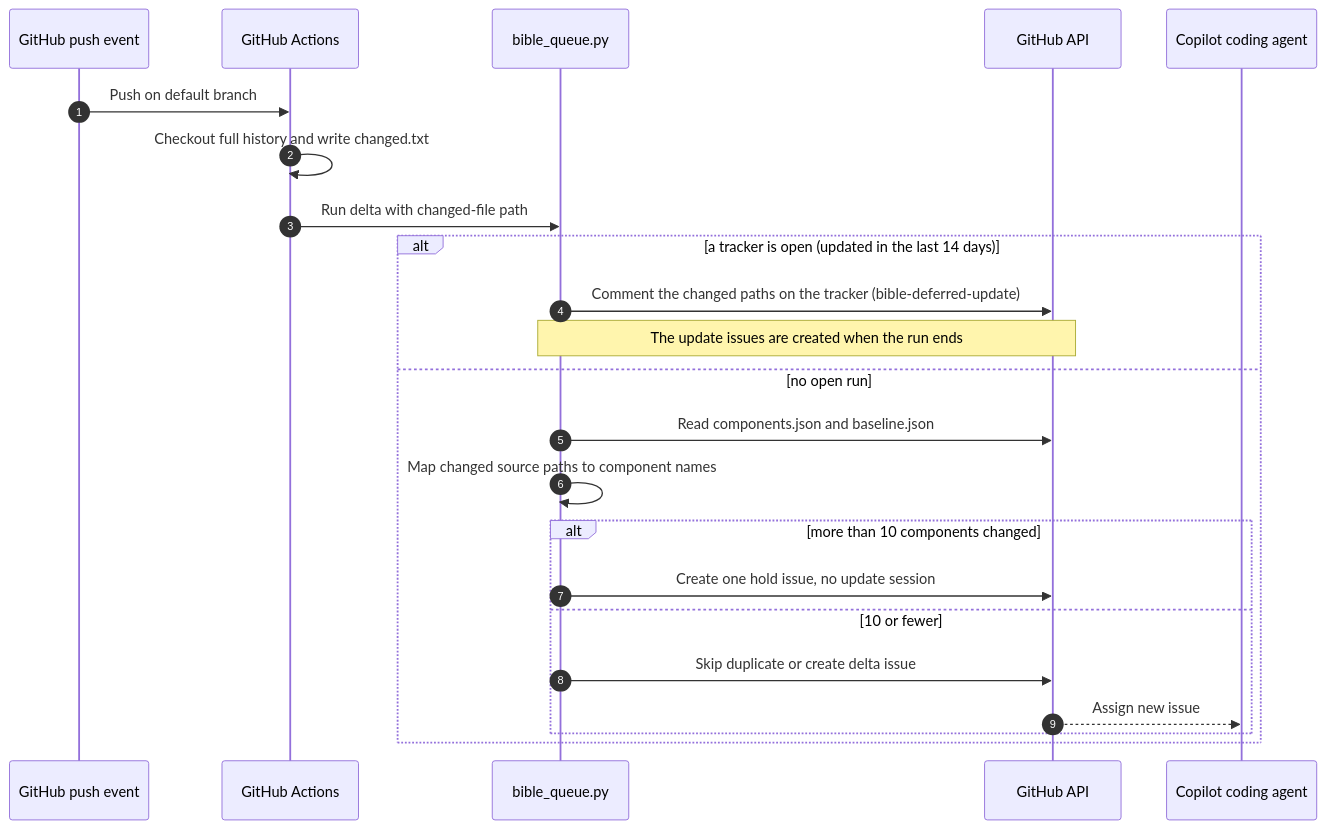
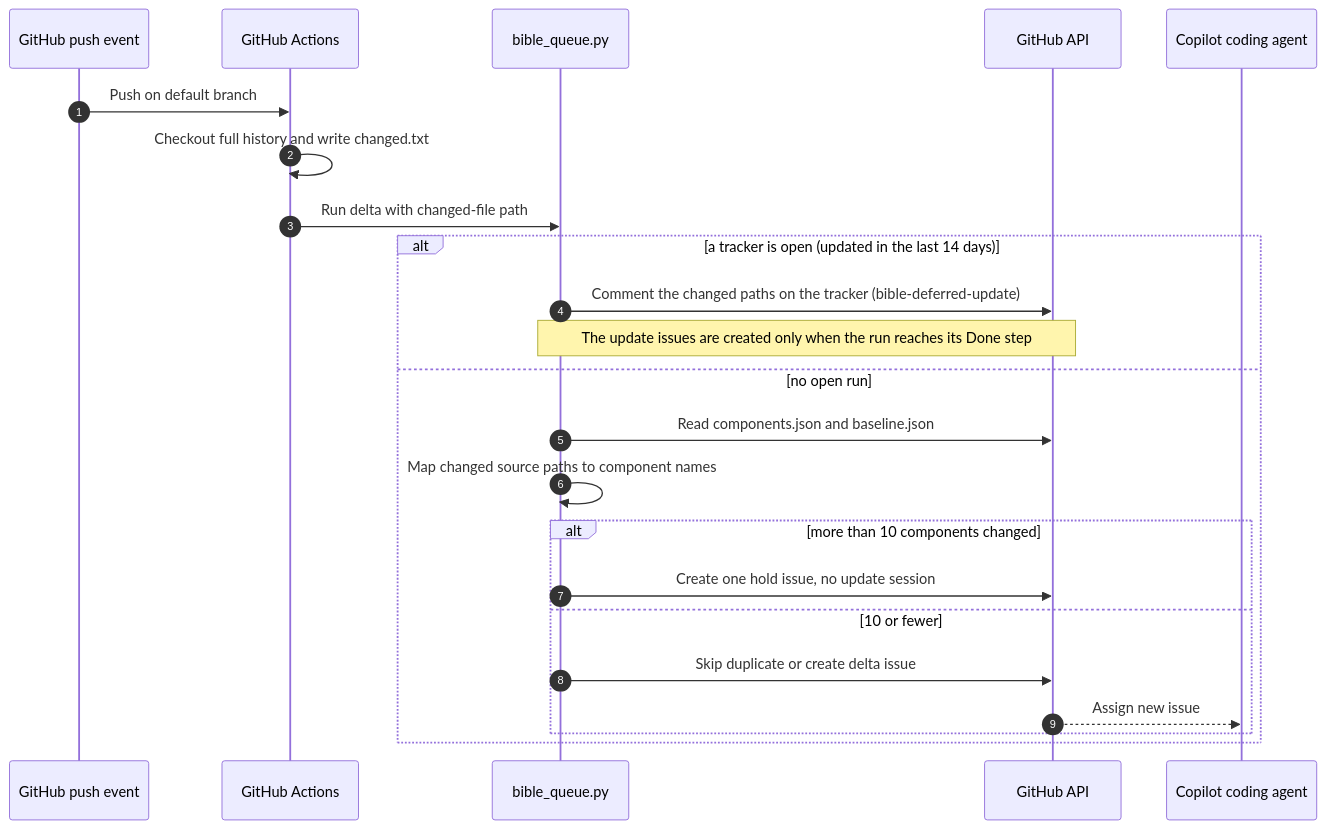
Before and after one commit to vishalc412/bible-mode-b-test: the fifth of 10 diagrams in codebase-analysis/hld/05-key-flows.md, drawn with Mermaid. The commit also changed other lines of this file and 32 other files, not shown here.

````diff
--- a/codebase-analysis/hld/05-key-flows.md
+++ b/codebase-analysis/hld/05-key-flows.md
@@ -227,25 +235,25 @@
 ```mermaid
 sequenceDiagram
   autonumber
   participant Git as GitHub push event
   participant Actions as GitHub Actions
   participant Queue as bible_queue.py
   participant API as GitHub API
   participant Agent as Copilot coding agent
   Git->>Actions: Push on default branch
   Actions->>Actions: Checkout full history and write changed.txt
   Actions->>Queue: Run delta with changed-file path
   alt a tracker is open (updated in the last 14 days)
     Queue->>API: Comment the changed paths on the tracker (bible-deferred-update)
-    Note over Queue,API: The update issues are created when the run ends
+    Note over Queue,API: The update issues are created only when the run reaches its Done step
   else no open run
     Queue->>API: Read components.json and baseline.json
     Queue->>Queue: Map changed source paths to component names
     alt more than 10 components changed
       Queue->>API: Create one hold issue, no update session
     else 10 or fewer
       Queue->>API: Skip duplicate or create delta issue
       API-->>Agent: Assign new issue
     end
   end
 ```
````
